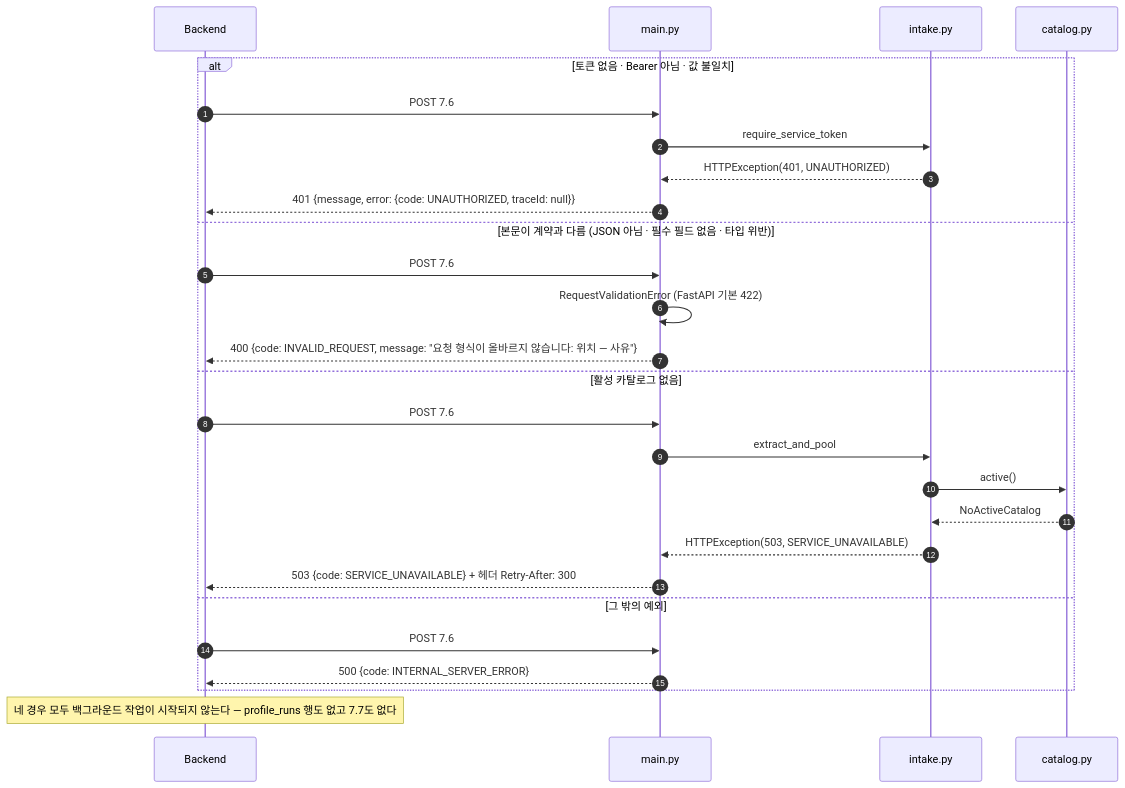
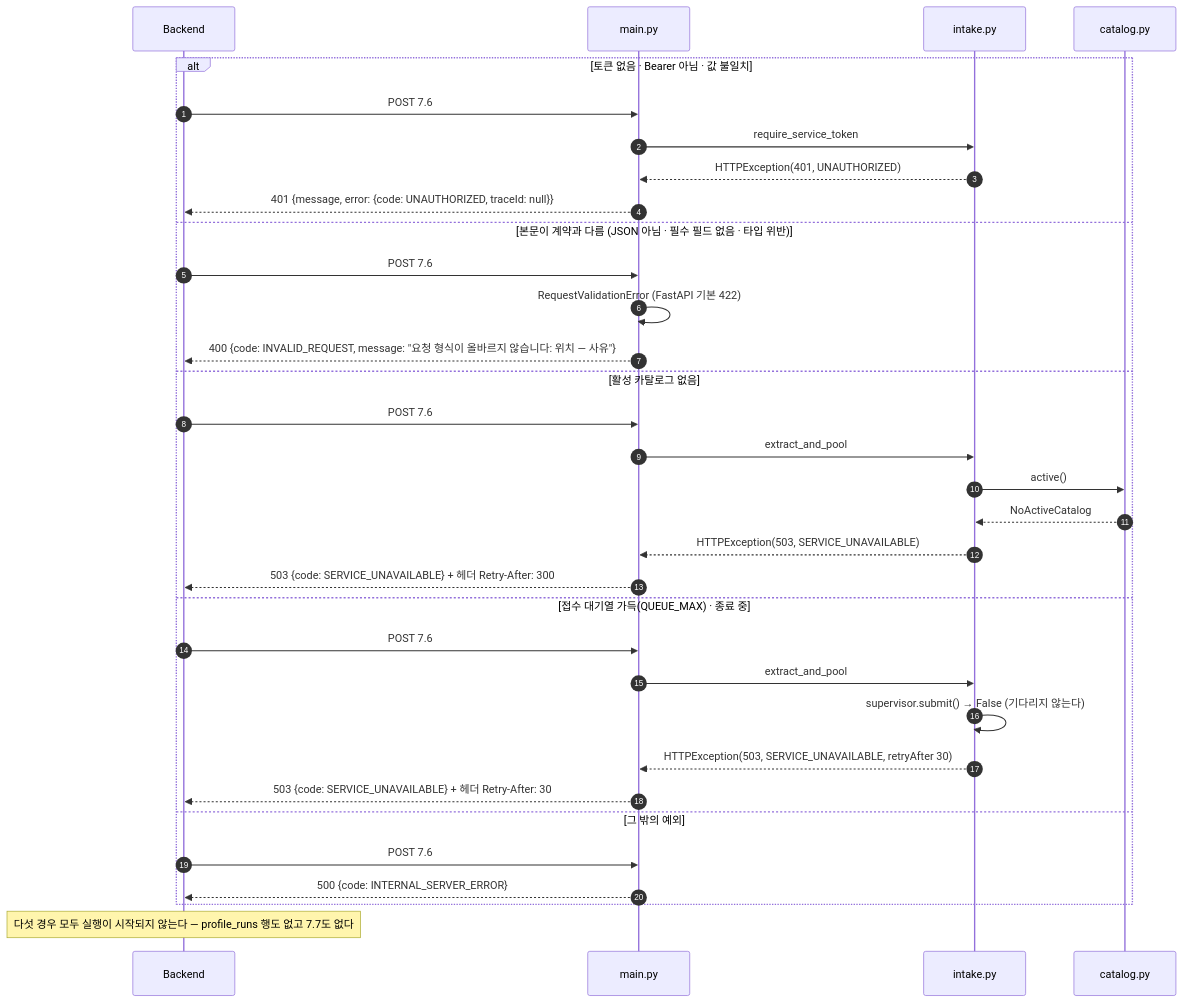
The third of 6 diagrams in profiling/docs/시퀀스_전체.md (100-hours-a-week/KTB4-12th-AI), drawn with Mermaid before and after one commit. The commit also changed other lines of this file and 21 other files, not shown here.

````diff
--- a/profiling/docs/시퀀스_전체.md
+++ b/profiling/docs/시퀀스_전체.md
@@ -144,30 +144,36 @@
 ```mermaid
 sequenceDiagram
   autonumber
   participant BE as Backend
   participant APP as main.py
   participant R as intake.py
   participant CAT as catalog.py
 
   alt 토큰 없음 · Bearer 아님 · 값 불일치
     BE->>APP: POST 7.6
     APP->>R: require_service_token
     R-->>APP: HTTPException(401, UNAUTHORIZED)
     APP-->>BE: 401 {message, error: {code: UNAUTHORIZED, traceId: null}}
   else 본문이 계약과 다름 (JSON 아님 · 필수 필드 없음 · 타입 위반)
     BE->>APP: POST 7.6
     APP->>APP: RequestValidationError (FastAPI 기본 422)
     APP-->>BE: 400 {code: INVALID_REQUEST, message: "요청 형식이 올바르지 않습니다: 위치 — 사유"}
   else 활성 카탈로그 없음
     BE->>APP: POST 7.6
     APP->>R: extract_and_pool
     R->>CAT: active()
     CAT-->>R: NoActiveCatalog
     R-->>APP: HTTPException(503, SERVICE_UNAVAILABLE)
     APP-->>BE: 503 {code: SERVICE_UNAVAILABLE} + 헤더 Retry-After: 300
+  else 접수 대기열 가득(QUEUE_MAX) · 종료 중
+    BE->>APP: POST 7.6
+    APP->>R: extract_and_pool
+    R->>R: supervisor.submit() → False (기다리지 않는다)
+    R-->>APP: HTTPException(503, SERVICE_UNAVAILABLE, retryAfter 30)
+    APP-->>BE: 503 {code: SERVICE_UNAVAILABLE} + 헤더 Retry-After: 30
   else 그 밖의 예외
     BE->>APP: POST 7.6
     APP-->>BE: 500 {code: INTERNAL_SERVER_ERROR}
   end
-  Note over BE: 네 경우 모두 백그라운드 작업이 시작되지 않는다 — profile_runs 행도 없고 7.7도 없다
+  Note over BE: 다섯 경우 모두 실행이 시작되지 않는다 — profile_runs 행도 없고 7.7도 없다
 ```
````
